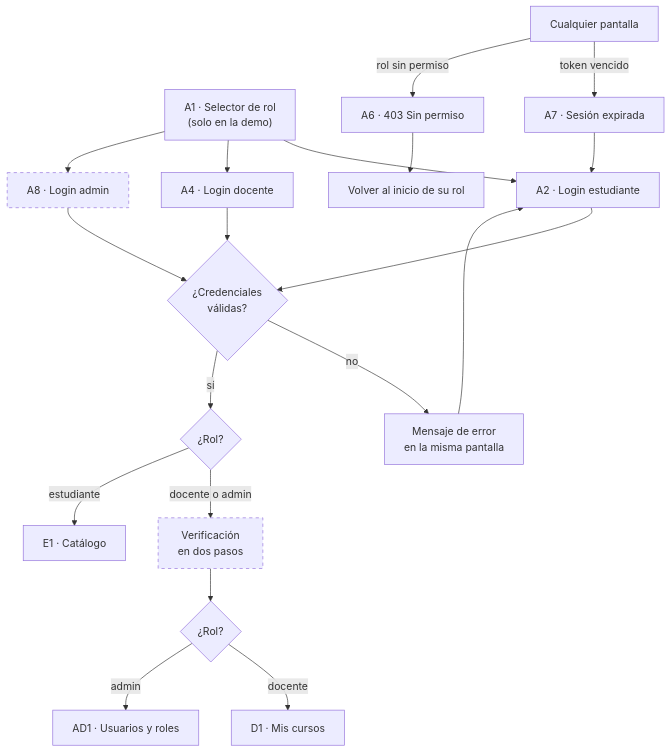
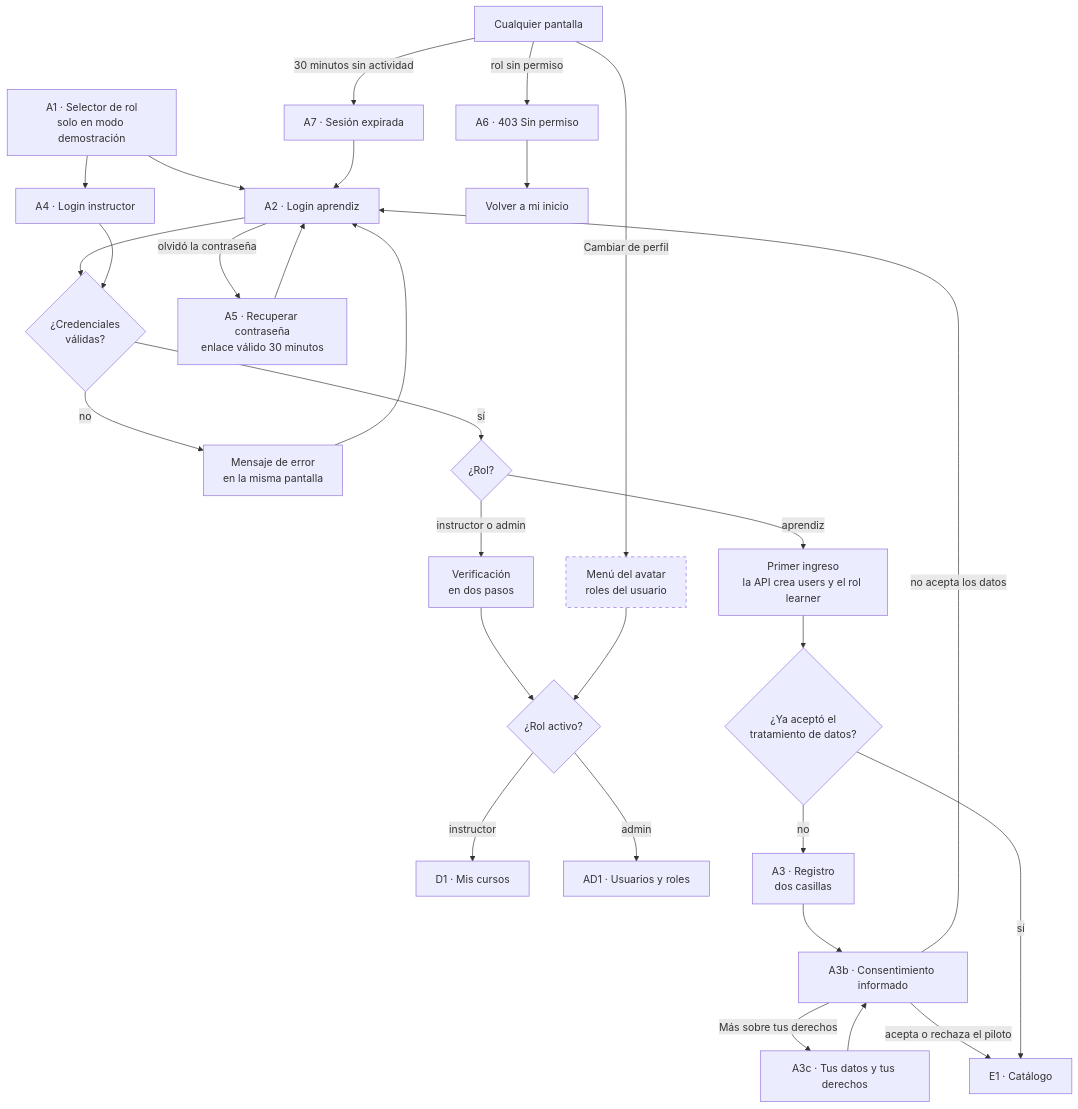
One commit to armandoordonez/smartmentor changed the first of 4 diagrams in design/01-flujo-y-casos-de-uso/flujos.md. Above: the diagram before and after it, drawn with Mermaid. The commit also changed other lines of this file and 4 other files, not shown here.

````diff
--- a/design/01-flujo-y-casos-de-uso/flujos.md
+++ b/design/01-flujo-y-casos-de-uso/flujos.md
@@ -7,20 +11,27 @@
 ```mermaid
 flowchart TD
-    A1["A1 · Selector de rol<br/>(solo en la demo)"] --> A2["A2 · Login estudiante"]
-    A1 --> A4["A4 · Login docente"]
-    A1 --> A8["A8 · Login admin"]:::falta
+    A1["A1 · Selector de rol<br/>solo en modo demostración"] --> A2["A2 · Login aprendiz"]
+    A1 --> A4["A4 · Login instructor"]
     A2 --> V{"¿Credenciales<br/>válidas?"}
     A4 --> V
-    A8 --> V
+    A2 -- olvidó la contraseña --> A5["A5 · Recuperar contraseña<br/>enlace válido 30 minutos"] --> A2
     V -- no --> ERR["Mensaje de error<br/>en la misma pantalla"] --> A2
     V -- sí --> R{"¿Rol?"}
-    R -- docente o admin --> MFA["Verificación<br/>en dos pasos"]:::falta
-    MFA --> R2{"¿Rol?"}
-    R2 -- docente --> D1["D1 · Mis cursos"]
+    R -- instructor o admin --> MFA["Verificación<br/>en dos pasos"]
+    MFA --> R2{"¿Rol activo?"}
+    R2 -- instructor --> D1["D1 · Mis cursos"]
     R2 -- admin --> AD1["AD1 · Usuarios y roles"]
-    R -- estudiante --> E1["E1 · Catálogo"]
-    X["Cualquier pantalla"] -- token vencido --> A7["A7 · Sesión expirada"] --> A2
-    X -- rol sin permiso --> A6["A6 · 403 Sin permiso"] --> H["Volver al inicio de su rol"]
+    R -- aprendiz --> PRO["Primer ingreso<br/>la API crea users y el rol learner"]
+    PRO --> C{"¿Ya aceptó el<br/>tratamiento de datos?"}
+    C -- no --> A3["A3 · Registro<br/>dos casillas"]
+    A3 --> A3b["A3b · Consentimiento informado"]
+    A3b -- "Más sobre tus derechos" --> A3c["A3c · Tus datos y tus derechos"] --> A3b
+    A3b -- "acepta o rechaza el piloto" --> E1
+    A3b -- "no acepta los datos" --> A2
+    C -- sí --> E1["E1 · Catálogo"]
+    X["Cualquier pantalla"] -- "30 minutos sin actividad" --> A7["A7 · Sesión expirada"] --> A2
+    X -- "rol sin permiso" --> A6["A6 · 403 Sin permiso"] --> H["Volver a mi inicio"]
+    X -- "Cambiar de perfil" --> MENU["Menú del avatar<br/>roles del usuario"]:::nuevo --> R2
 
-    classDef falta stroke-dasharray: 5 5
+    classDef nuevo stroke-dasharray: 5 5
 ```
````
